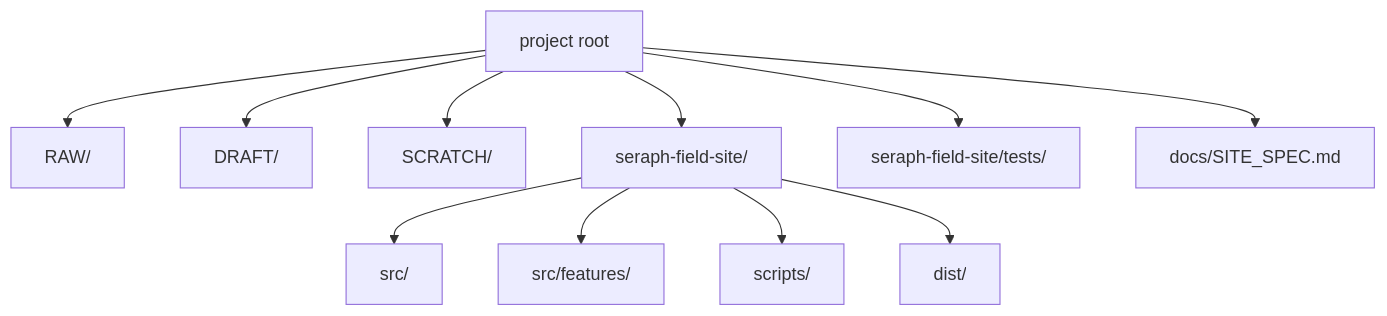
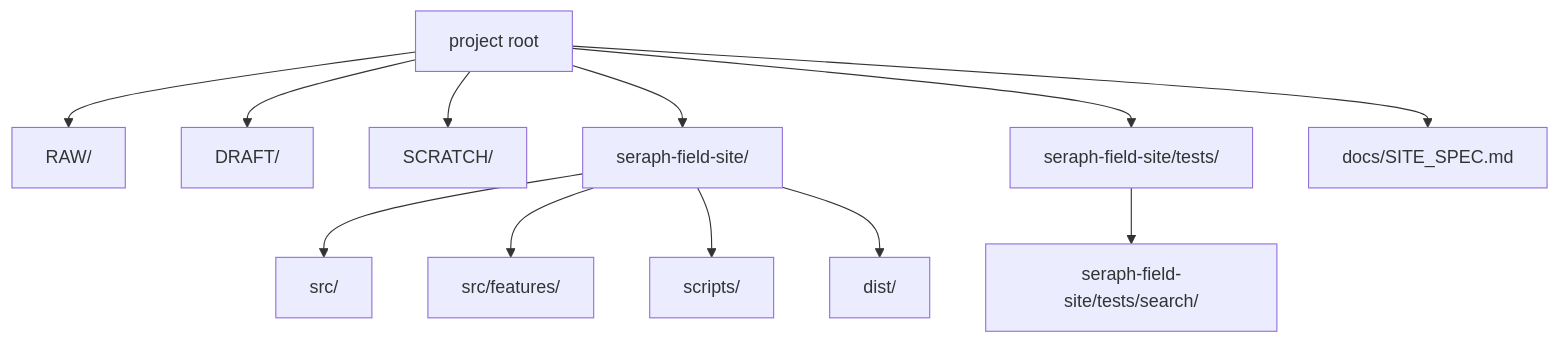
Before and after one commit to EchidnaRezero/SeraphField: the first of 5 diagrams in docs/SITE_SPEC.md, drawn with Mermaid. The commit also changed other lines of this file and 48 other files, not shown here.

Commit message:
Update site content, search tests, and docs

````diff
--- a/docs/SITE_SPEC.md
+++ b/docs/SITE_SPEC.md
@@ -7,22 +7,24 @@
 ```mermaid
 flowchart TD
     ROOT["project root"]
     RAW["RAW/"]
     DRAFT["DRAFT/"]
     SCRATCH["SCRATCH/"]
     BLOG["seraph-field-site/"]
     TEST["seraph-field-site/tests/"]
+    SEARCH_TEST["seraph-field-site/tests/search/"]
     DOC["docs/SITE_SPEC.md"]
 
     ROOT --> RAW
     ROOT --> DRAFT
     ROOT --> SCRATCH
     ROOT --> BLOG
     ROOT --> TEST
+    TEST --> SEARCH_TEST
     ROOT --> DOC
 
     BLOG --> SRC["src/"]
     BLOG --> FEATURES["src/features/"]
     BLOG --> SCRIPTS["scripts/"]
     BLOG --> DIST["dist/"]
 ```
````
